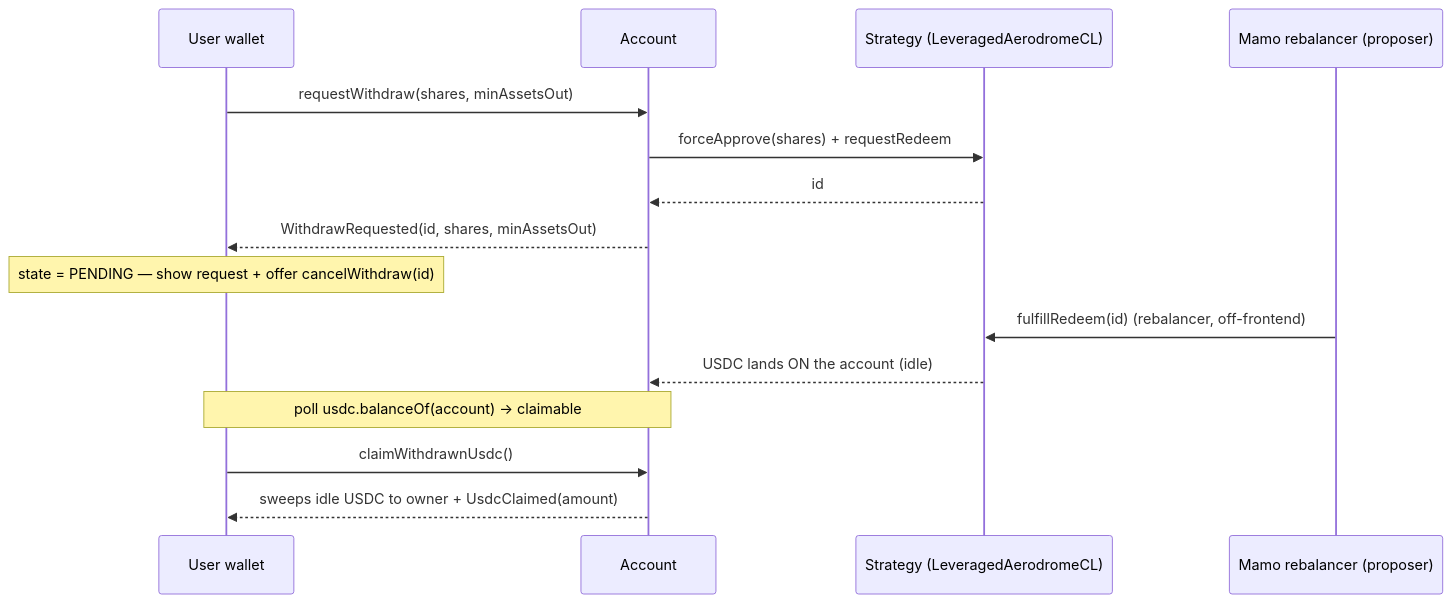
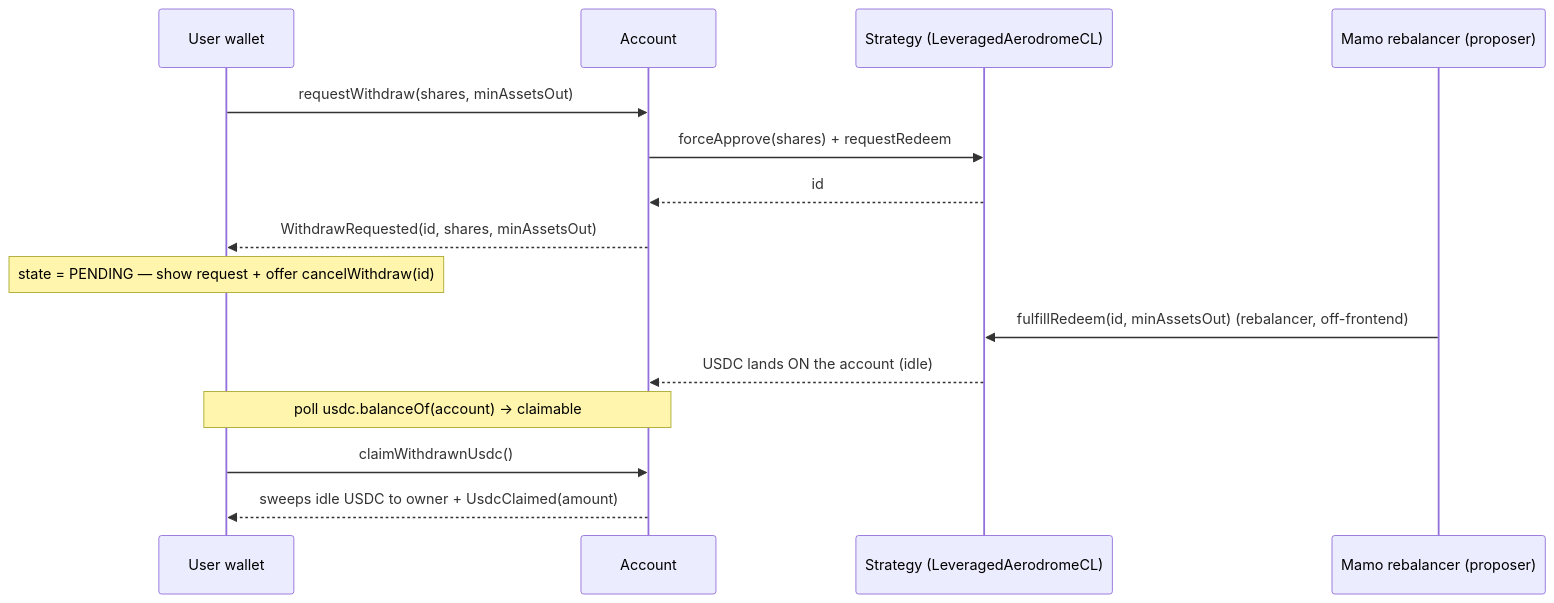
Before and after one commit to moonwell-fi/mamo-contracts: the third of 3 diagrams in docs/integrations/LEVERAGED_AERO_FRONTEND.md, drawn with Mermaid. The commit also changed other lines of this file and 11 other files, not shown here.

First line of the commit message:
fix: fulfillRedeem takes a fresh proposer floor, enforced as max(stored, fresh) (audit F14)

````diff
--- a/docs/integrations/LEVERAGED_AERO_FRONTEND.md
+++ b/docs/integrations/LEVERAGED_AERO_FRONTEND.md
@@ -391,18 +391,18 @@
 ```mermaid
 sequenceDiagram
     participant U as User wallet
     participant A as Account
     participant S as Strategy (LeveragedAerodromeCL)
     participant B as Mamo rebalancer (proposer)
 
     U->>A: requestWithdraw(shares, minAssetsOut)
     A->>S: forceApprove(shares) + requestRedeem
     S-->>A: id
     A-->>U: WithdrawRequested(id, shares, minAssetsOut)
     Note over U: state = PENDING — show request + offer cancelWithdraw(id)
-    B->>S: fulfillRedeem(id)  (rebalancer, off-frontend)
+    B->>S: fulfillRedeem(id, minAssetsOut)  (rebalancer, off-frontend)
     S-->>A: USDC lands ON the account (idle)
     Note over U,A: poll usdc.balanceOf(account) → claimable
     U->>A: claimWithdrawnUsdc()
     A-->>U: sweeps idle USDC to owner + UsdcClaimed(amount)
 ```
````
